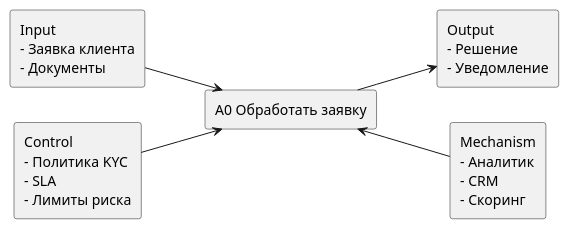
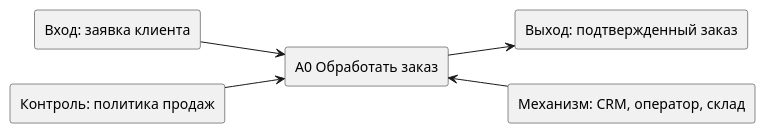
Before and after one commit to iwizy/analyst_kb: the diagram in docs/notations/idef0.md, drawn with PlantUML. The commit also changed other lines of this file and 20 other files, not shown here.

````diff
--- a/docs/notations/idef0.md
+++ b/docs/notations/idef0.md
@@ -28,15 +36,15 @@
 ```kroki-plantuml
 @startuml
 left to right direction
-rectangle "A0 Обработать заявку" as A0
-rectangle "Input\n- Заявка клиента\n- Документы" as I
-rectangle "Control\n- Политика KYC\n- SLA\n- Лимиты риска" as C
-rectangle "Output\n- Решение\n- Уведомление" as O
-rectangle "Mechanism\n- Аналитик\n- CRM\n- Скоринг" as M
+rectangle "A0 Обработать заказ" as A0
+rectangle "Вход: заявка клиента" as I
+rectangle "Контроль: политика продаж" as C
+rectangle "Выход: подтвержденный заказ" as O
+rectangle "Механизм: CRM, оператор, склад" as M
 
 I --> A0
 C -down-> A0
 A0 --> O
 M -up-> A0
 @enduml
 ```
````
